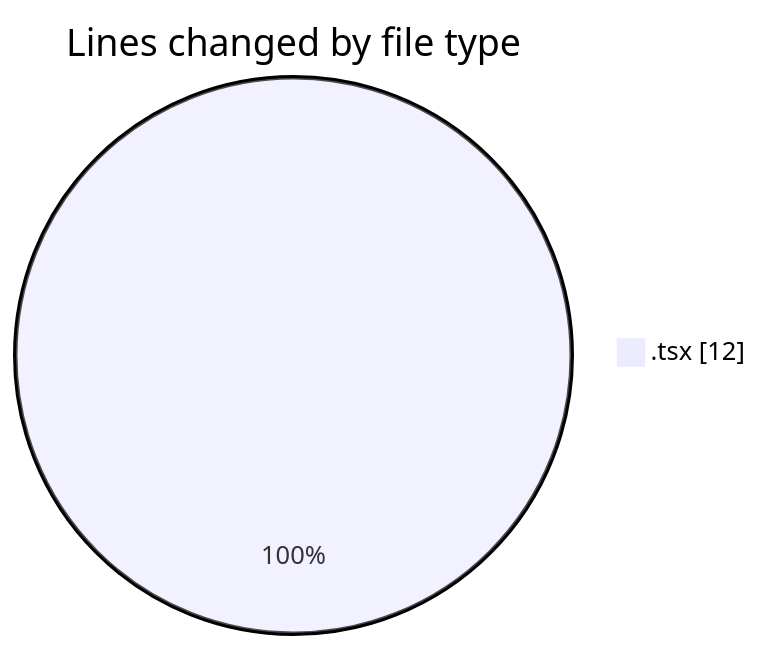
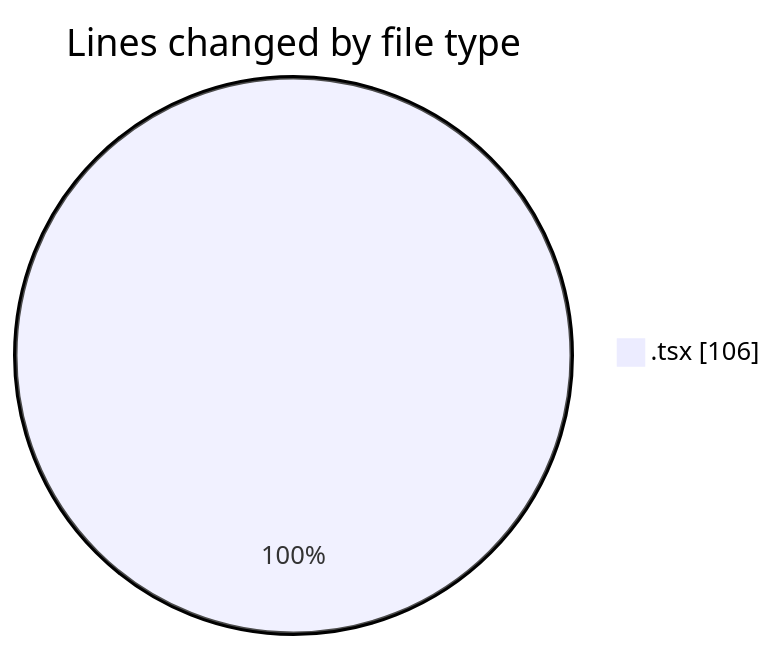
One commit to momahboobian/code-tracking changed the first of 2 diagrams in 2026-06-17/cda/README.md. Above: the diagram before and after it, drawn with Mermaid. The commit also changed other lines of this file and 1 other file, not shown here.

````diff
--- a/2026-06-17/cda/README.md
+++ b/2026-06-17/cda/README.md
@@ -20,5 +21,5 @@
 ```mermaid
 pie showData
 title Lines changed by file type
-".tsx" : 12
+".tsx" : 106
 ```
````
